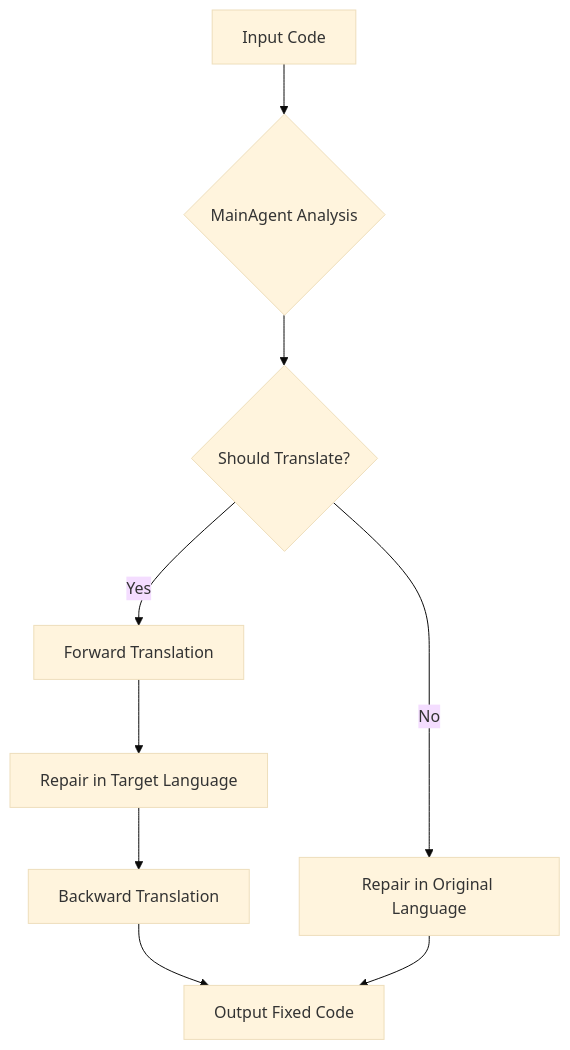
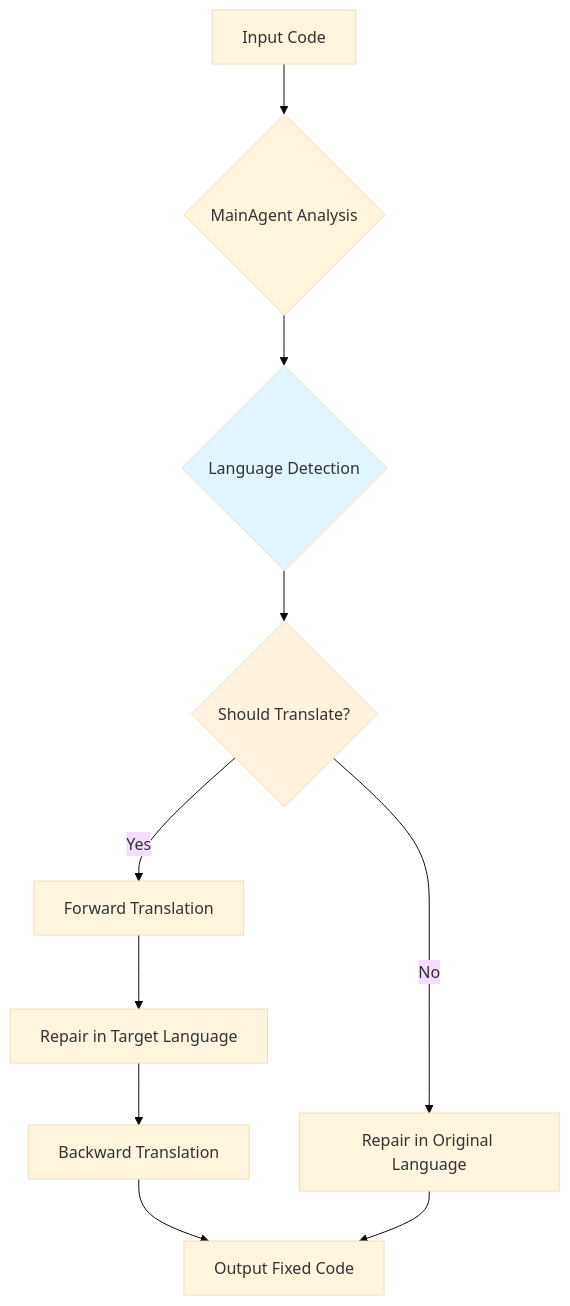
The third of 9 diagrams in METHODOLOGY.md (omaryasser3/Ai-Project), drawn with Mermaid (base theme) before and after one commit. The commit also changed other lines of this file, not shown here.

First line of the commit message:
Revise METHODOLOGY.md to document current multi-agent system architecture

````diff
--- a/METHODOLOGY.md
+++ b/METHODOLOGY.md
@@ -102,11 +166,15 @@
 ```mermaid
 flowchart TD
     A[Input Code] --> B{MainAgent Analysis}
-    B --> C{Should Translate?}
-    C -->|Yes| D[Forward Translation]
-    C -->|No| E[Repair in Original Language]
-    D --> F[Repair in Target Language]
-    F --> G[Backward Translation]
-    G --> H[Output Fixed Code]
-    E --> H
+    B --> C{Language Detection}
+    C --> D{Should Translate?}
+    D -->|Yes| E[Forward Translation]
+    D -->|No| F[Repair in Original Language]
+    E --> G[Repair in Target Language]
+    G --> H[Backward Translation]
+    H --> I[Output Fixed Code]
+    F --> I
+    
+    style C fill:#e1f5fe
+    style D fill:#fff3e0
 ```
````
